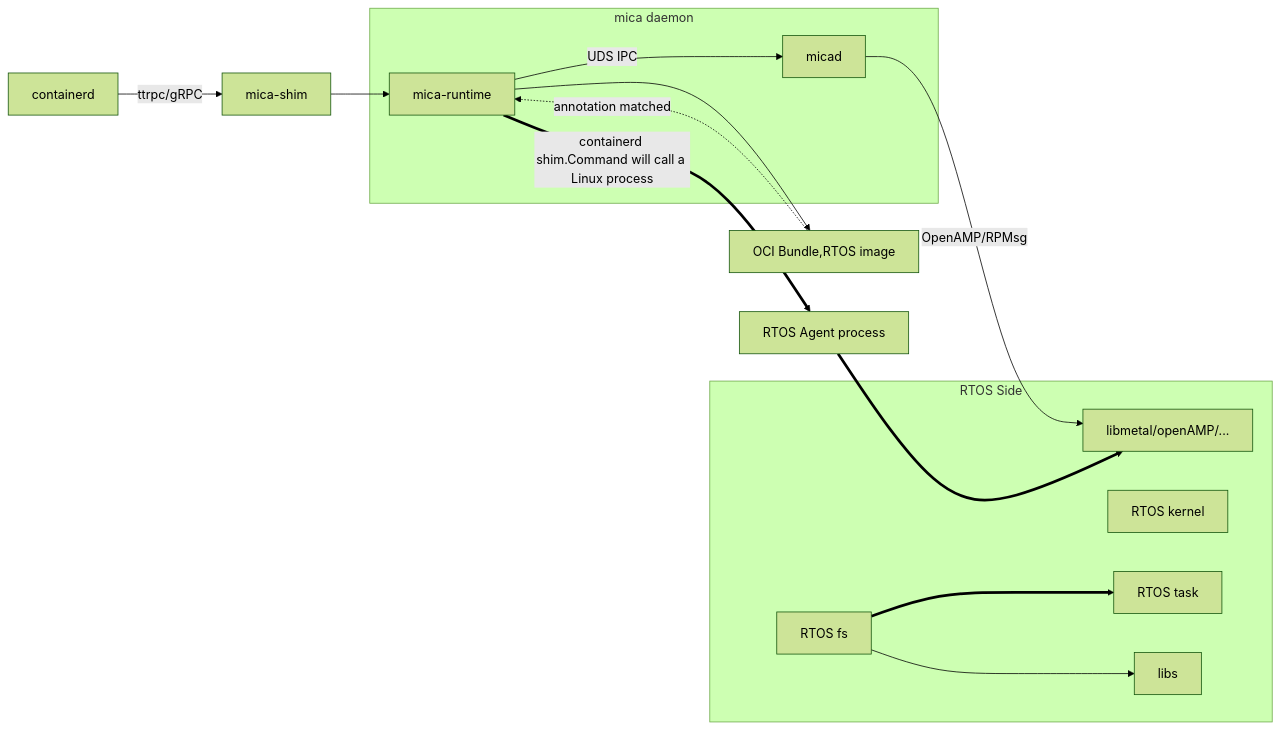
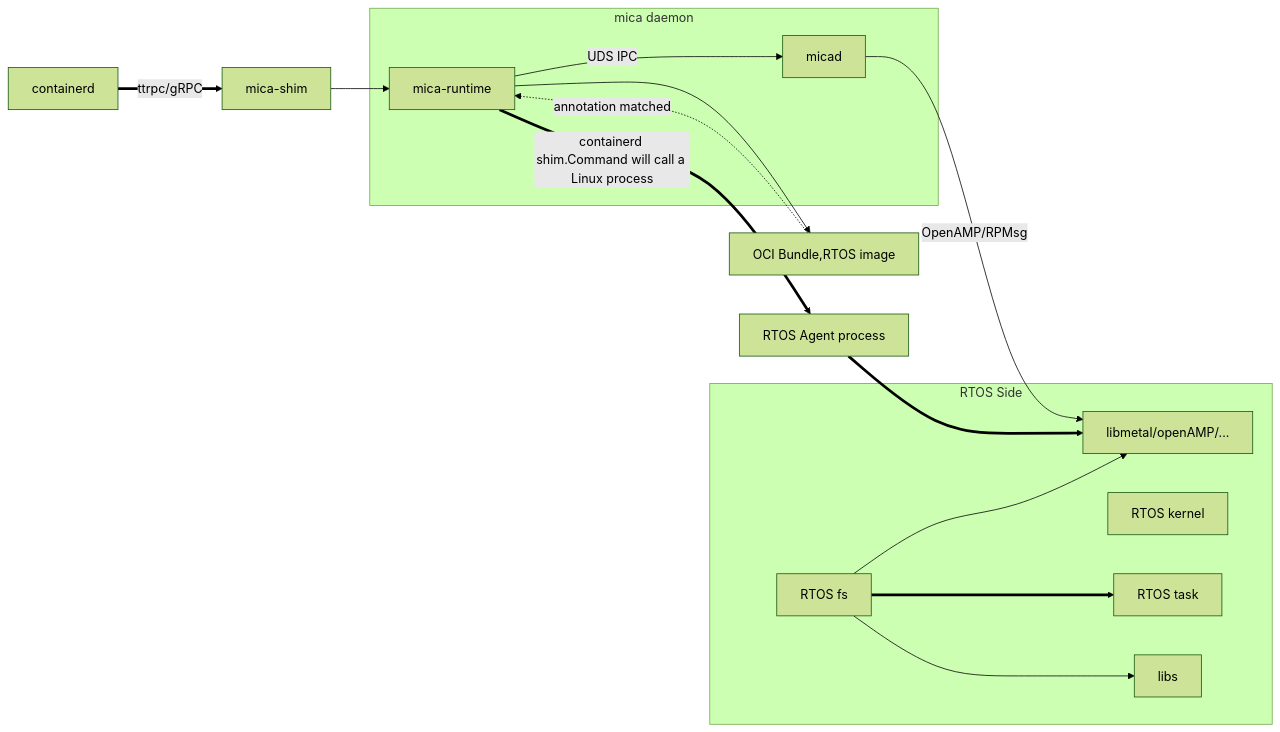
Before and after one commit to Egg12138/iodraw-files: the diagram in all/未命名.md, drawn with Mermaid (forest theme).

Commit message:
2025-06-21 17:14:07 update

````diff
--- a/all/未命名.md
+++ b/all/未命名.md
@@ -1,25 +1,25 @@
 ```mermaid
 
 graph LR
-    CD[containerd] -->|ttrpc/gRPC| S
+    CD[containerd] ==>|ttrpc/gRPC| S
     S[mica-shim] --> MR
     MR[mica-runtime] -->|UDS IPC| A[micad]
     MR -->C[OCI Bundle,RTOS image]
     MR ==>|containerd shim.Command will call a Linux process|AG[RTOS Agent process]
     A -->|OpenAMP/RPMsg| B[RTOS Remote Core]
     C -.->|annotation matched| MR
     AG ==>B
     subgraph RTOS Side
         B[libmetal/openAMP/...]
         K[RTOS kernel]
         D[RTOS fs] ==> E
         D --> L[libs]
-        D
+        D --> B
         E[RTOS task]
     end
     subgraph mica daemon
         A
         MR
     end
 
 ```
````
